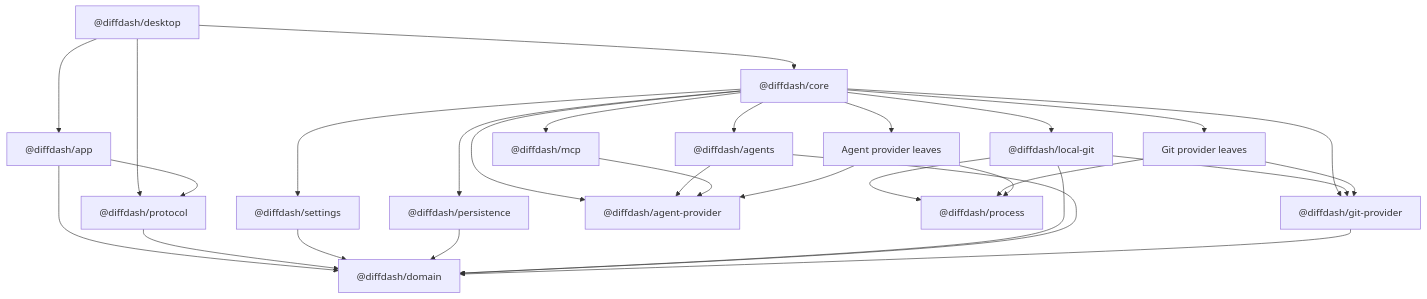
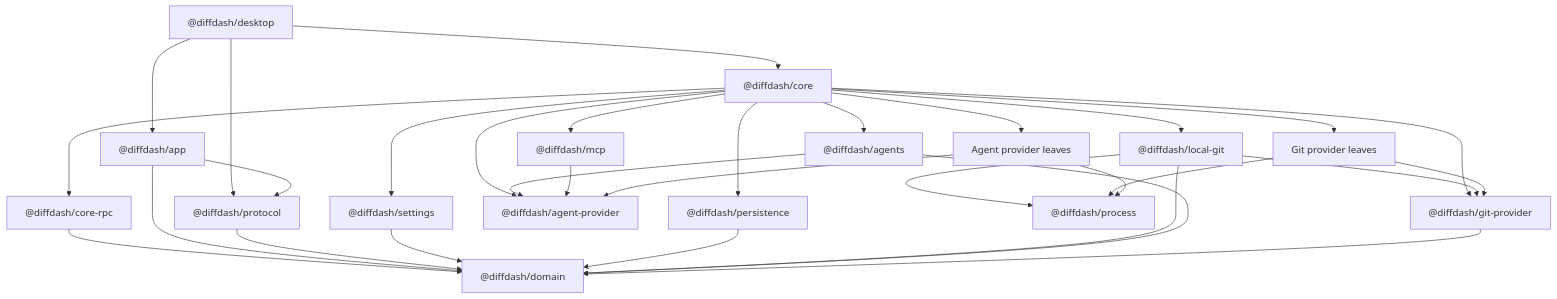
The diagram in docs/architecture.md (byfungsi/diffdash), drawn with Mermaid before and after one commit. The commit also changed other lines of this file and 460 other files, not shown here.

````diff
--- a/docs/architecture.md
+++ b/docs/architecture.md
@@ -12,32 +12,34 @@
 ```mermaid
 graph TD
   desktop["@diffdash/desktop"] --> core["@diffdash/core"]
   desktop["@diffdash/desktop"] --> app["@diffdash/app"]
   desktop --> protocol["@diffdash/protocol"]
   core --> settings["@diffdash/settings"]
   core --> persistence["@diffdash/persistence"]
   core --> localGit["@diffdash/local-git"]
   core --> agents["@diffdash/agents"]
   core --> mcp["@diffdash/mcp"]
   core --> gitSdk["@diffdash/git-provider"]
   core --> agentSdk["@diffdash/agent-provider"]
+  core --> coreRpc["@diffdash/core-rpc"]
   core --> gitProviders["Git provider leaves"]
   core --> agentProviders["Agent provider leaves"]
+  coreRpc["@diffdash/core-rpc"] --> domain["@diffdash/domain"]
 
   app --> protocol
   app --> domain["@diffdash/domain"]
   protocol --> domain
   settings --> domain
   persistence --> domain
   localGit --> domain
   localGit --> gitSdk
   localGit --> process["@diffdash/process"]
   agents --> domain
   agents --> agentSdk
   mcp --> agentSdk
   gitSdk --> domain
   gitProviders --> gitSdk
   gitProviders --> process
   agentProviders --> agentSdk
   agentProviders --> process
 ```
````
